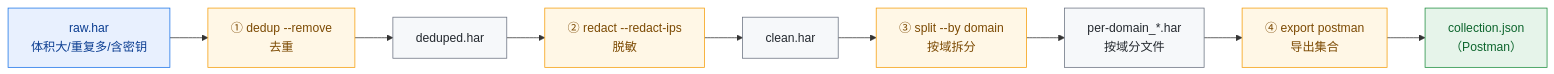
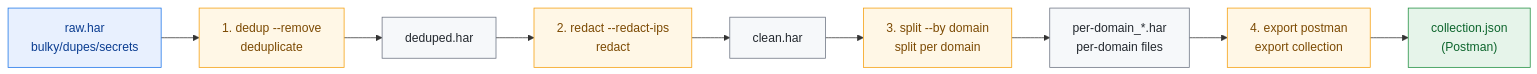
One commit to hitechcloud-vietnam/har-skills changed the first of 2 diagrams in website/zh/workflows/data-cleaning.md. Above: the diagram before and after it, drawn with Mermaid. The commit also changed other lines of this file and 97 other files, not shown here.

````diff
--- a/website/zh/workflows/data-cleaning.md
+++ b/website/zh/workflows/data-cleaning.md
@@ -13,19 +14,19 @@
 ```mermaid
 flowchart LR
-    RAW["raw.har<br/>体积大/重复多/含密钥"]:::input
-    DD["① dedup --remove<br/>去重"]:::step
+    RAW["raw.har<br/>bulky/dupes/secrets"]:::input
+    DD["1. dedup --remove<br/>deduplicate"]:::step
     DED["deduped.har"]:::art
-    RD["② redact --redact-ips<br/>脱敏"]:::step
+    RD["2. redact --redact-ips<br/>redact"]:::step
     CL["clean.har"]:::art
-    SP["③ split --by domain<br/>按域拆分"]:::step
-    SH["per-domain_*.har<br/>按域分文件"]:::art
-    EX["④ export postman<br/>导出集合"]:::step
-    COL["collection.json<br/>（Postman）"]:::done
+    SP["3. split --by domain<br/>split per domain"]:::step
+    SH["per-domain_*.har<br/>per-domain files"]:::art
+    EX["4. export postman<br/>export collection"]:::step
+    COL["collection.json<br/>(Postman)"]:::done
 
     RAW --> DD --> DED --> RD --> CL --> SP --> SH --> EX --> COL
 
     classDef input fill:#e8f0fe,stroke:#1a73e8,color:#0b3d91
     classDef step fill:#fff7e6,stroke:#f59e0b,color:#7c4a03
     classDef art fill:#f6f8fa,stroke:#6b7280,color:#24292f
     classDef done fill:#e6f4ea,stroke:#1e8e3e,color:#0d652d
 ```
````
